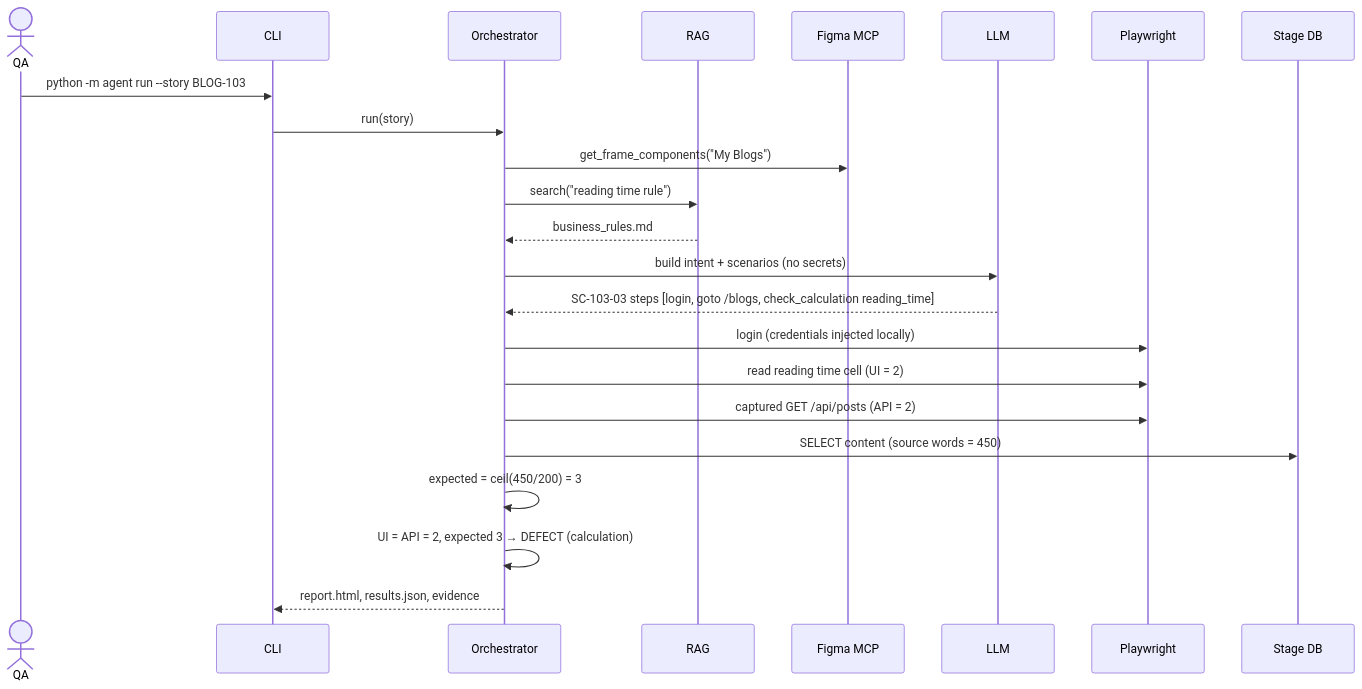
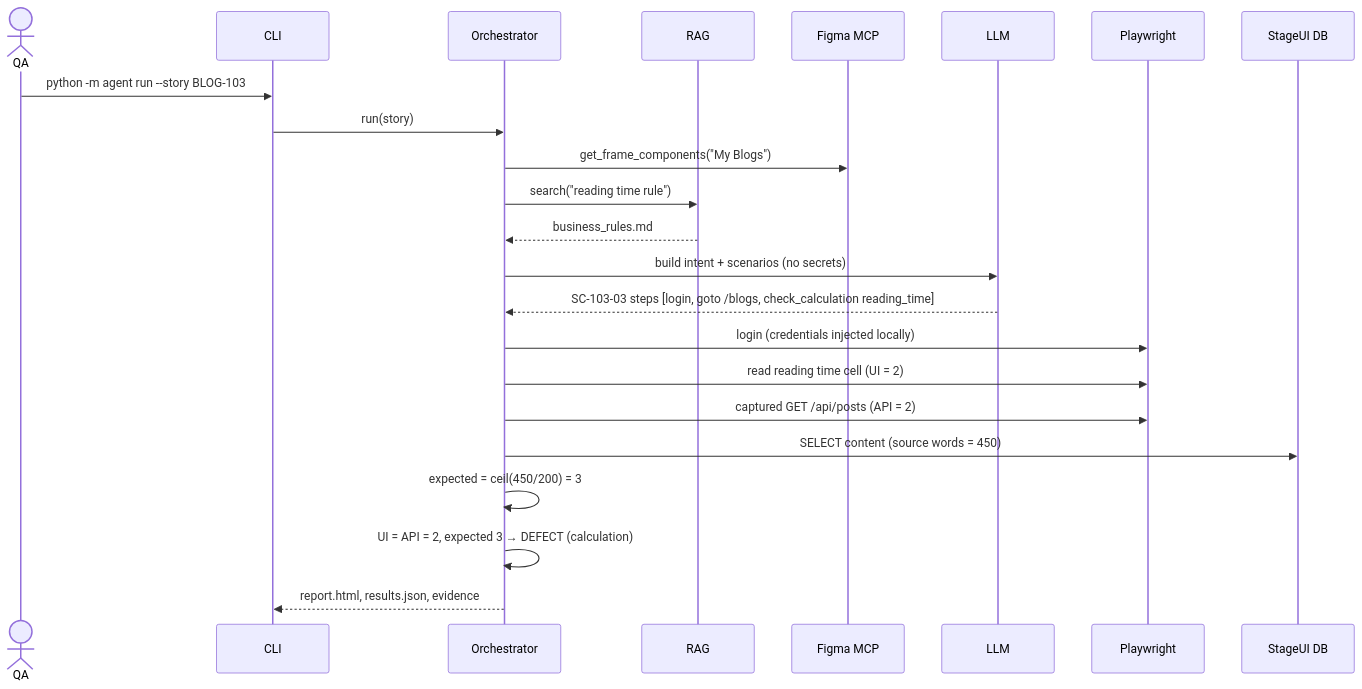
The fourth of 4 diagrams in docs/architecture/architecture.md (vivekk1010/PRUX-assurance-agent), drawn with Mermaid before and after one commit. The commit also changed other lines of this file and 40 other files, not shown here.

````diff
--- a/docs/architecture/architecture.md
+++ b/docs/architecture/architecture.md
@@ -143,26 +143,26 @@
 ```mermaid
 sequenceDiagram
     actor QA
     participant CLI
     participant Orch as Orchestrator
     participant RAG
     participant Figma as Figma MCP
     participant LLM
     participant PW as Playwright
-    participant DB as Stage DB
+    participant DB as StageUI DB
 
     QA->>CLI: python -m agent run --story BLOG-103
     CLI->>Orch: run(story)
     Orch->>Figma: get_frame_components("My Blogs")
     Orch->>RAG: search("reading time rule")
     RAG-->>Orch: business_rules.md#reading-time
     Orch->>LLM: build intent + scenarios (no secrets)
     LLM-->>Orch: SC-103-03 steps [login, goto /blogs, check_calculation reading_time]
     Orch->>PW: login (credentials injected locally)
     Orch->>PW: read reading time cell (UI = 2)
     Orch->>PW: captured GET /api/posts (API = 2)
     Orch->>DB: SELECT content (source words = 450)
     Orch->>Orch: expected = ceil(450/200) = 3
     Orch->>Orch: UI = API = 2, expected 3 → DEFECT (calculation)
     Orch-->>CLI: report.html, results.json, evidence
 ```
````
